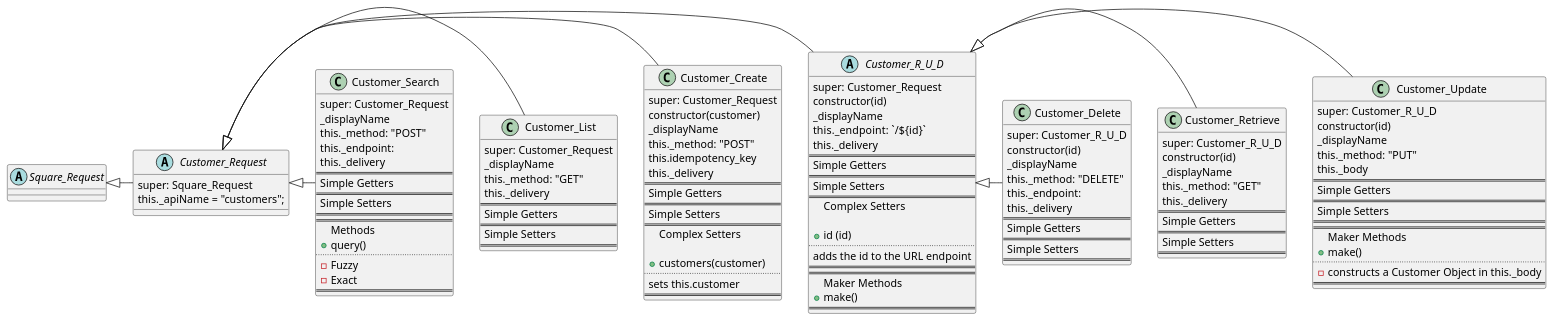
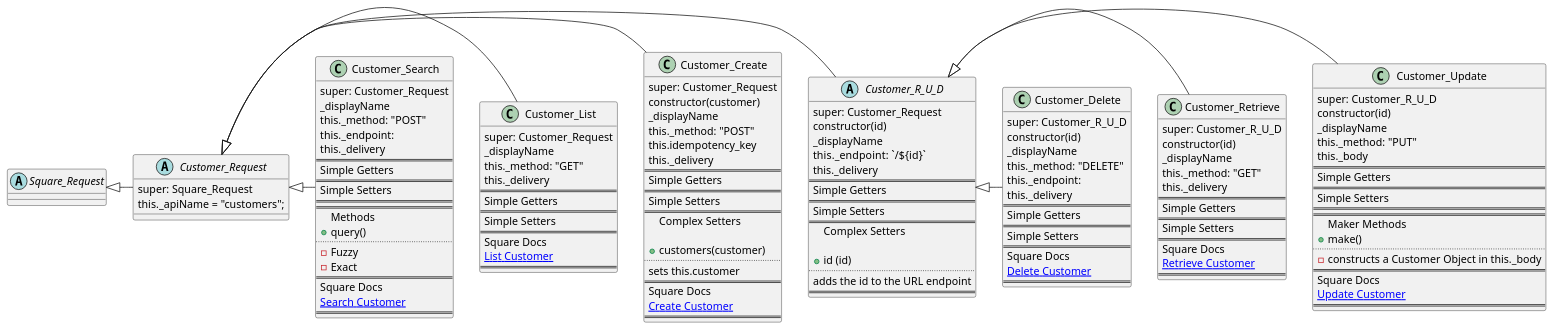
One commit to TwoFistedJustice/square-pie changed the diagram in docs/uml/pie_customer_api.puml. Above: the diagram before and after it, drawn with PlantUML.

Commit message:
docs: add links to square docs in customer uml diagrams

```diff
--- a/docs/uml/pie_customer_api.puml
+++ b/docs/uml/pie_customer_api.puml
@@ -1,151 +1,166 @@
 @startuml
 'https://plantuml.com/class-diagram
 
 Square_Request <|- Customer_Request
 Customer_Request <|- Customer_R_U_D
 Customer_R_U_D <|- Customer_Update
 Customer_R_U_D <|- Customer_Retrieve
 Customer_R_U_D <|- Customer_Delete
 Customer_Request <|- Customer_Create
 Customer_Request <|- Customer_List
 Customer_Request <|- Customer_Search
 
 abstract class Square_Request {}
 abstract class Customer_Request {
 super: Square_Request
 this._apiName = "customers";
 }
 
 abstract class Customer_R_U_D {
 super: Customer_Request
 constructor(id)
 _displayName
 this._endpoint:  `/${id}`
 this._delivery
 ==
 Simple Getters
 ==
 Simple Setters
 ==
 Complex Setters
 
 +id (id)
 ..
 adds the id to the URL endpoint
 ==
-==
-Maker Methods
-+make()
-==
 }
 class Customer_Retrieve {
 super: Customer_R_U_D
 constructor(id)
 _displayName
 this._method: "GET"
 this._delivery
 ==
 Simple Getters
 ==
 Simple Setters
 ==
+Square Docs
+ [[https://developer.squareup.com/reference/square/customers-api/retrieve-customer Retrieve Customer]]
+==
 }
+
 class Customer_Delete {
 super: Customer_R_U_D
 constructor(id)
 _displayName
 this._method: "DELETE"
 this._endpoint:
 this._delivery
 ==
 Simple Getters
 ==
 Simple Setters
+==
+Square Docs
+[[https://developer.squareup.com/reference/square/customers-api/delete-customer Delete Customer]]
 ==
 }
 
 class Customer_Create {
 super: Customer_Request
 constructor(customer)
 _displayName
 this._method: "POST"
 this.idempotency_key
 this._delivery
 ==
 Simple Getters
 ==
 Simple Setters
 ==
 Complex Setters
 
 +customers(customer)
 ..
 sets this.customer
 ==
+Square Docs
+[[https://developer.squareup.com/reference/square/customers-api/create-customer Create Customer]]
+==
 }
 class Customer_List {
 super: Customer_Request
 _displayName
 this._method: "GET"
 this._delivery
 ==
 Simple Getters
 ==
 Simple Setters
+==
+Square Docs
+[[https://developer.squareup.com/reference/square/customers-api/list-customers List Customer]]
 ==
 }
 class Customer_Search {
 super: Customer_Request
 _displayName
 this._method: "POST"
 this._endpoint:
 this._delivery
 ==
 Simple Getters
 ==
 Simple Setters
 ==
 ==
 Methods
 +query()
 ..
 -Fuzzy
 -Exact
+==
+Square Docs
+[[https://developer.squareup.com/reference/square/customers-api/search-customers Search Customer]]
 ==
 }
 
 
 
 
 
 class Customer_Update {
 super: Customer_R_U_D
 constructor(id)
 _displayName
 this._method: "PUT"
 this._body
 ==
 Simple Getters
 ==
 Simple Setters
 ==
 ==
 Maker Methods
 +make()
 ..
 - constructs a Customer Object in this._body
 ==
+Square Docs
+[[https://developer.squareup.com/reference/square/customers-api/update-customer Update Customer]]
+==
 }
 
 
 
 
 
 
 
 
 
 
 
 
 @enduml
```
